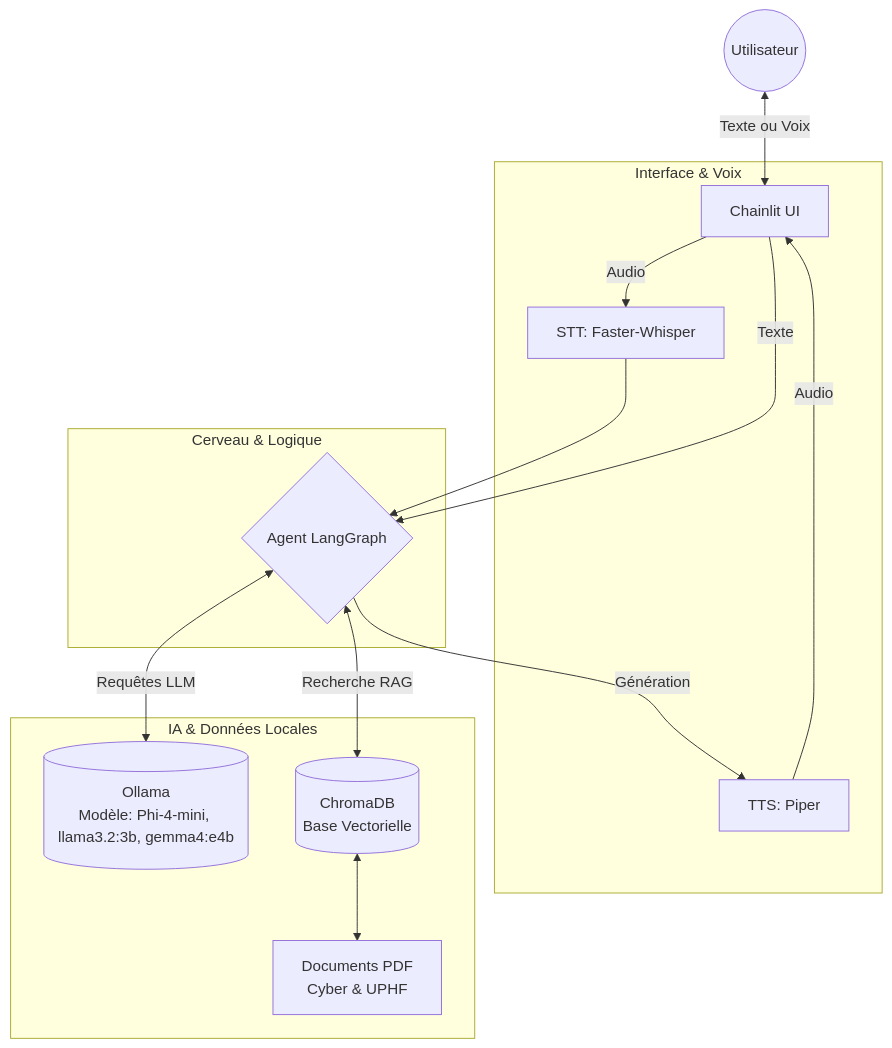
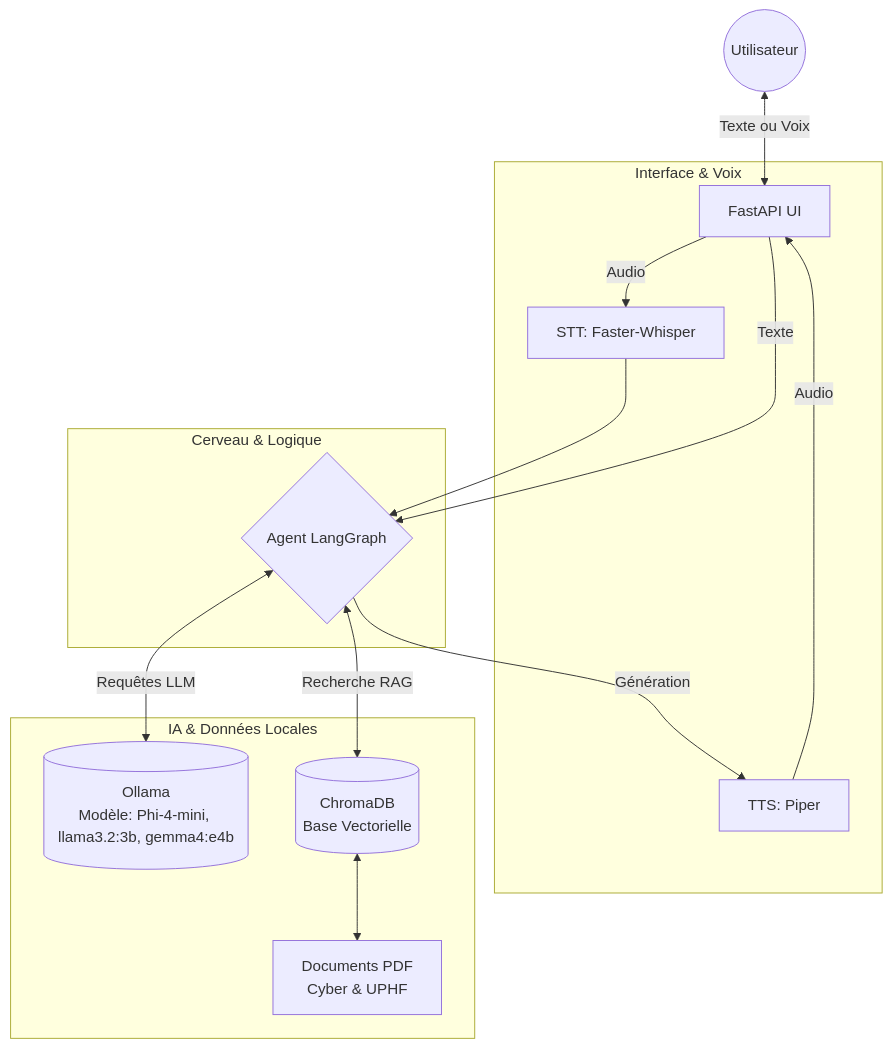
The first of 2 diagrams in README.md (julesdavidou/Projet-F.R.I.T.E.S), drawn with Mermaid before and after one commit. The commit also changed other lines of this file, not shown here.

````diff
--- a/README.md
+++ b/README.md
@@ -12,21 +12,21 @@
 ```mermaid
 graph TD
-    User((Utilisateur)) <-->|Texte ou Voix| UI[Chainlit UI]
+    User((Utilisateur)) <-->|Texte ou Voix| UI[FastAPI UI]
     
     subgraph "Interface & Voix"
         UI -->|Audio| STT[STT: Faster-Whisper]
         TTS[TTS: Piper] -->|Audio| UI
     end
     
     subgraph "Cerveau & Logique"
         STT --> Agent
         UI -->|Texte| Agent{Agent LangGraph}
         Agent -->|Génération| TTS
     end
     
     subgraph "IA & Données Locales"
         Agent <-->|Requêtes LLM| Ollama[(Ollama\nModèle: Phi-4-mini, llama3.2:3b, gemma4:e4b)]
         Agent <-->|Recherche RAG| Chroma[(ChromaDB\nBase Vectorielle)]
         Chroma <--> Docs[Documents PDF\nCyber & UPHF]
     end
 ```
````
